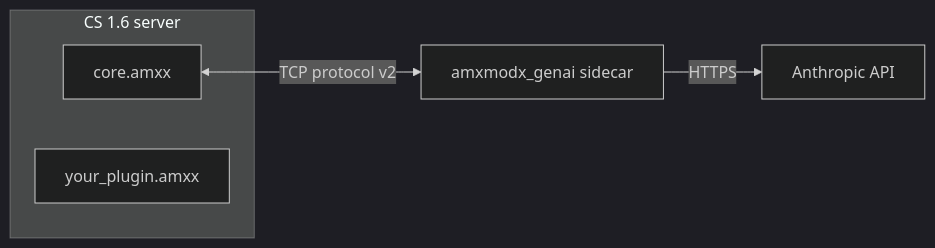
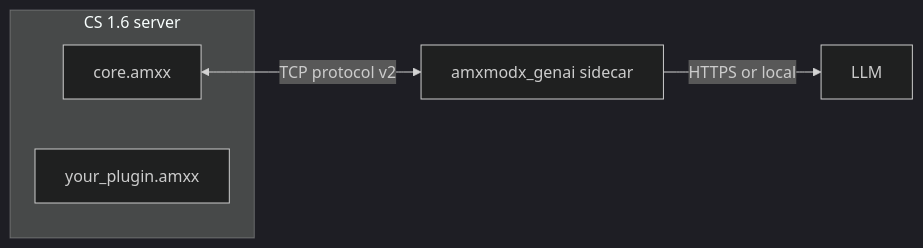
One commit to omar-hindawi98/amxx-agent changed the diagram in README.md. Above: the diagram before and after it, drawn with Mermaid (dark theme). The commit also changed other lines of this file and 43 other files, not shown here.

````diff
--- a/README.md
+++ b/README.md
@@ -12,12 +13,12 @@
 ```mermaid
 graph LR
     subgraph CS 1.6 server
         core["core.amxx"]
         plugin["your_plugin.amxx"]
     end
     sidecar["amxmodx_genai sidecar"]
-    api["Anthropic API"]
+    llm["LLM"]
 
     core <-->|"TCP protocol v2"| sidecar
-    sidecar -->|HTTPS| api
+    sidecar -->|HTTPS or local| llm
 ```
````
